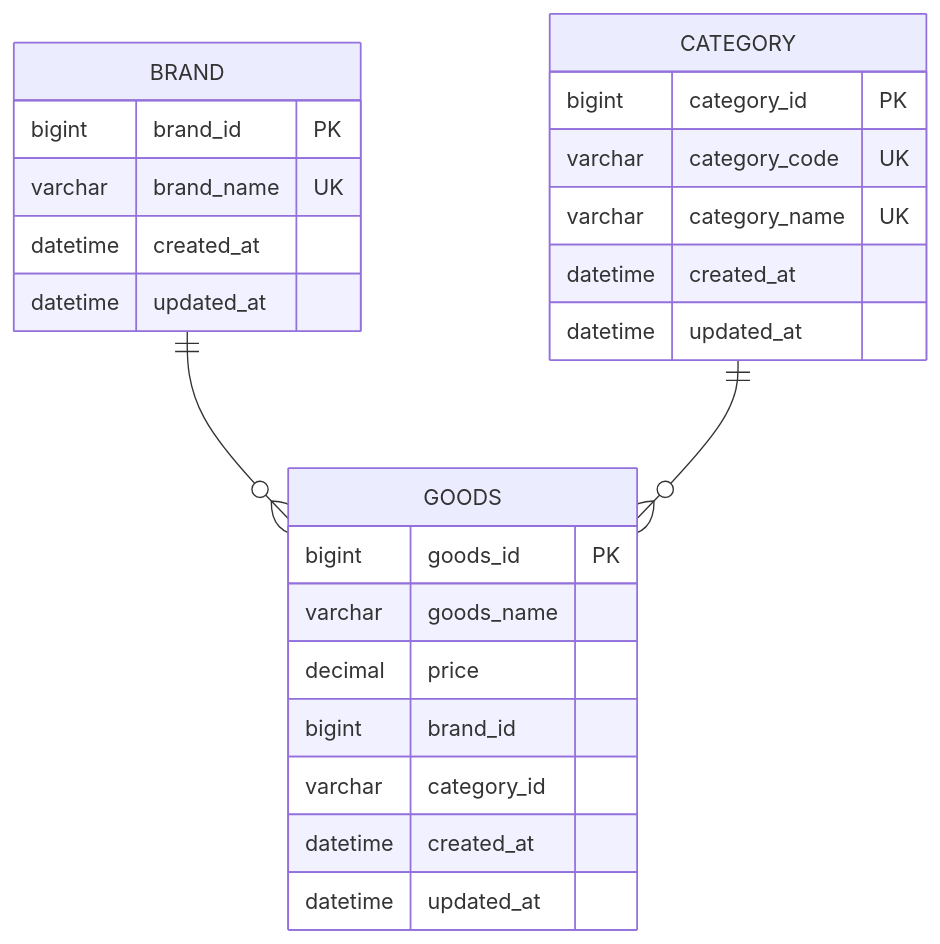
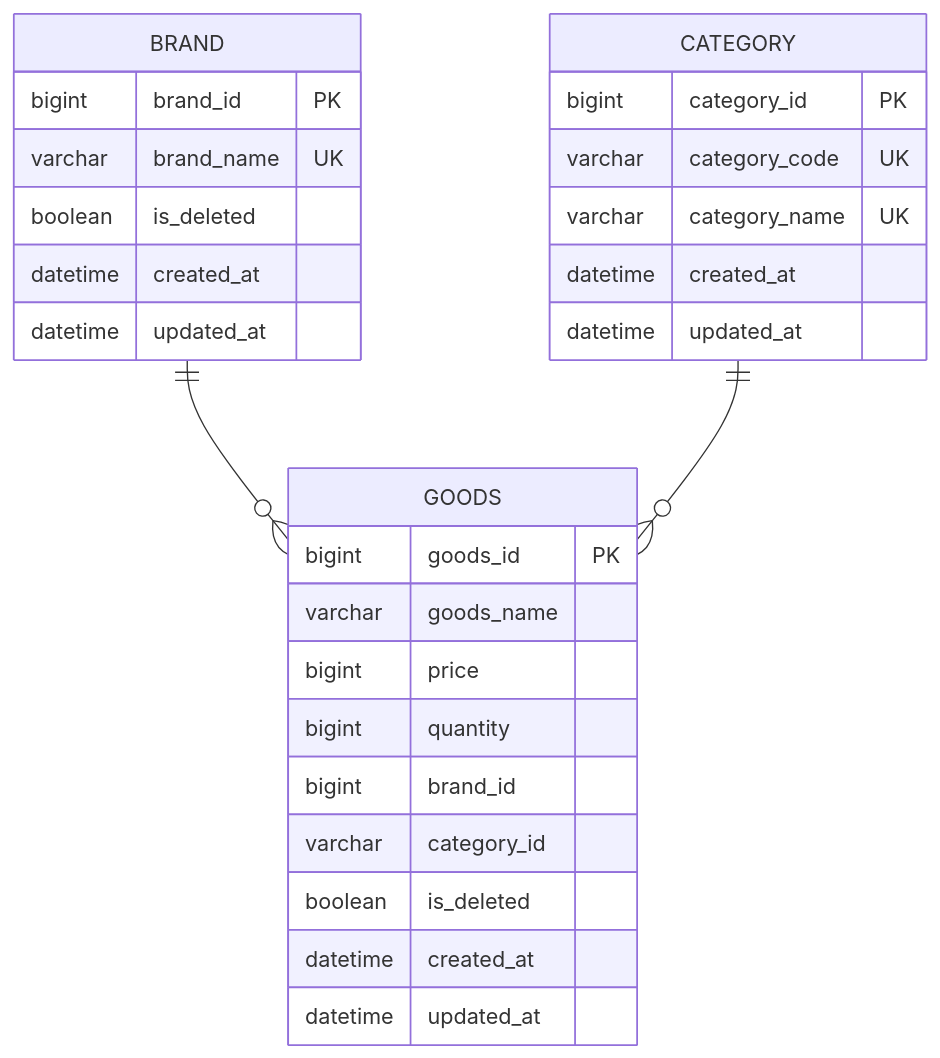
One commit to cocomongg/outfit-service changed the diagram in documents/db-schema.md. Above: the diagram before and after it, drawn with Mermaid. The commit also changed other lines of this file and 9 other files, not shown here.

````diff
--- a/documents/db-schema.md
+++ b/documents/db-schema.md
@@ -2,30 +2,33 @@
 ```mermaid
 erDiagram
     BRAND ||--o{ GOODS :""
     CATEGORY ||--o{ GOODS :""
     
     BRAND {
         bigint brand_id PK
         varchar brand_name UK
+        boolean is_deleted
         datetime created_at
         datetime updated_at
     }
     
     CATEGORY {
         bigint category_id PK
         varchar category_code UK
         varchar category_name UK
         datetime created_at
         datetime updated_at
     }
     
     GOODS {
         bigint goods_id PK
         varchar goods_name
-        decimal price
+        bigint price
+        bigint quantity
         bigint brand_id
         varchar category_id
+        boolean is_deleted
         datetime created_at
         datetime updated_at
     }
 ```
````
